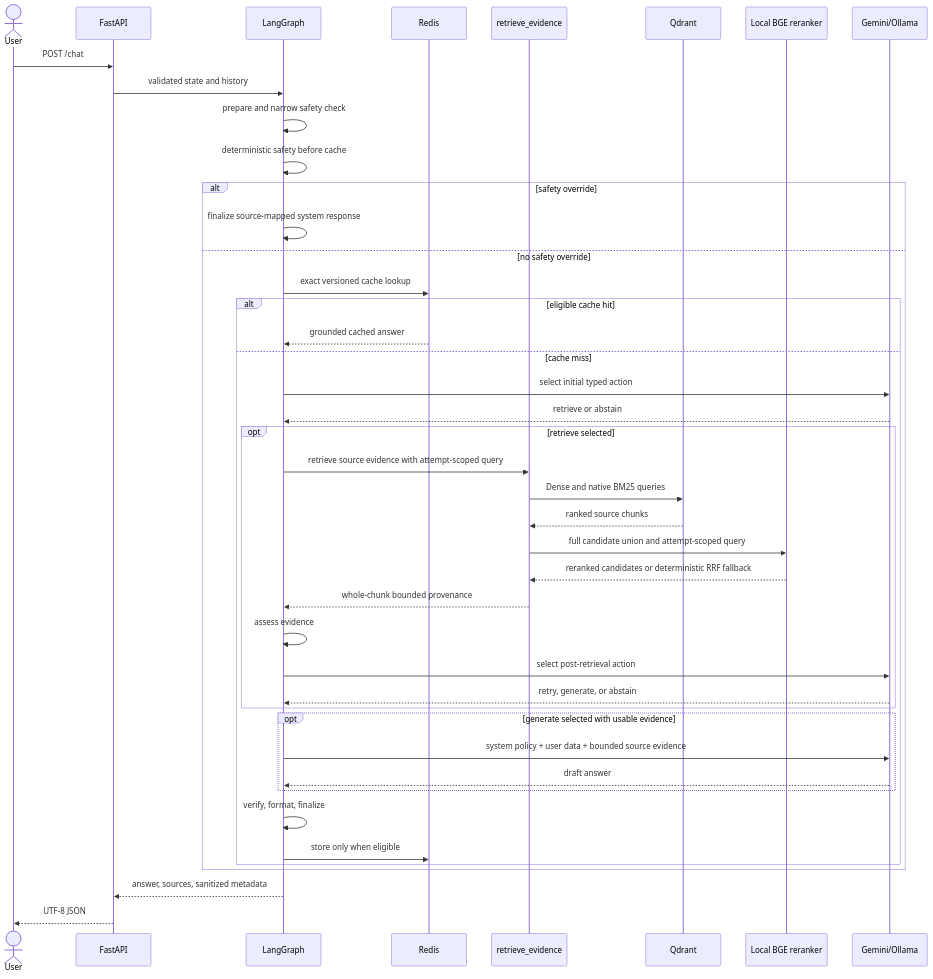
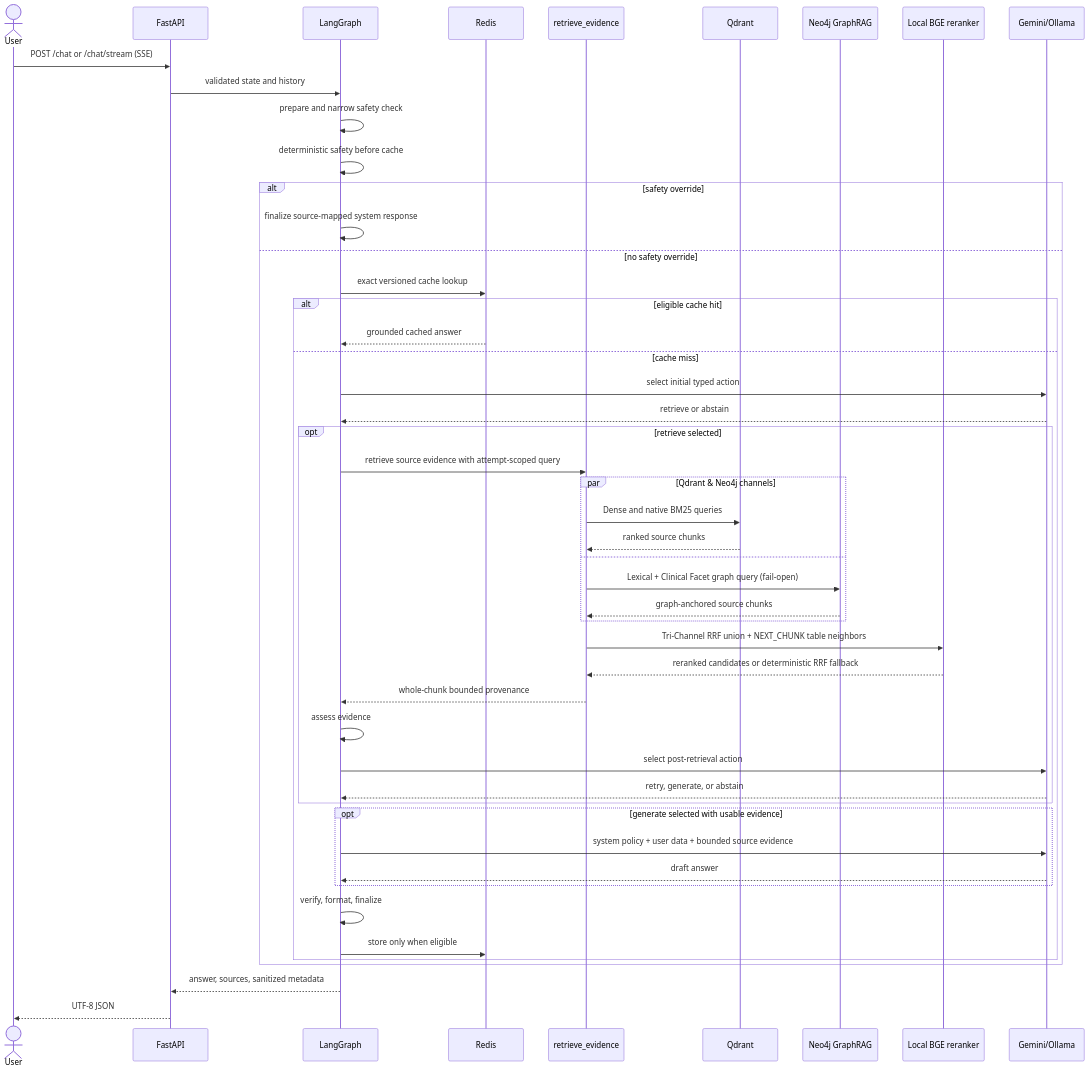
The diagram in docs/AGENT_WORKFLOW.md (MinhHoang1403/Acne_Advisor_AI), drawn with Mermaid before and after one commit. The commit also changed 61 other files, not shown here.

Commit message:
feat: integrate Neo4j Hybrid GraphRAG, SSE streaming UI, root-cause fixes, and 100-case RAGAS suite

````diff
--- a/docs/AGENT_WORKFLOW.md
+++ b/docs/AGENT_WORKFLOW.md
@@ -44,46 +44,52 @@
 ```mermaid
 sequenceDiagram
     actor User
     participant API as FastAPI
     participant Agent as LangGraph
     participant Cache as Redis
     participant Tool as retrieve_evidence
     participant Qdrant
+    participant Neo4j as Neo4j GraphRAG
     participant Reranker as Local BGE reranker
     participant LLM as Gemini/Ollama
 
-    User->>API: POST /chat
+    User->>API: POST /chat or /chat/stream (SSE)
     API->>Agent: validated state and history
     Agent->>Agent: prepare and narrow safety check
     Agent->>Agent: deterministic safety before cache
     alt safety override
         Agent->>Agent: finalize source-mapped system response
     else no safety override
         Agent->>Cache: exact versioned cache lookup
         alt eligible cache hit
             Cache-->>Agent: grounded cached answer
         else cache miss
             Agent->>LLM: select initial typed action
             LLM-->>Agent: retrieve or abstain
             opt retrieve selected
                 Agent->>Tool: retrieve source evidence with attempt-scoped query
-                Tool->>Qdrant: Dense and native BM25 queries
-                Qdrant-->>Tool: ranked source chunks
-                Tool->>Reranker: full candidate union and attempt-scoped query
+                par Qdrant & Neo4j channels
+                    Tool->>Qdrant: Dense and native BM25 queries
+                    Qdrant-->>Tool: ranked source chunks
+                and
+                    Tool->>Neo4j: Lexical + Clinical Facet graph query (fail-open)
+                    Neo4j-->>Tool: graph-anchored source chunks
+                end
+                Tool->>Reranker: Tri-Channel RRF union + NEXT_CHUNK table neighbors
                 Reranker-->>Tool: reranked candidates or deterministic RRF fallback
                 Tool-->>Agent: whole-chunk bounded provenance
                 Agent->>Agent: assess evidence
                 Agent->>LLM: select post-retrieval action
                 LLM-->>Agent: retry, generate, or abstain
             end
             opt generate selected with usable evidence
                 Agent->>LLM: system policy + user data + bounded source evidence
                 LLM-->>Agent: draft answer
             end
             Agent->>Agent: verify, format, finalize
             Agent->>Cache: store only when eligible
         end
     end
     Agent-->>API: answer, sources, sanitized metadata
     API-->>User: UTF-8 JSON
 ```
````
